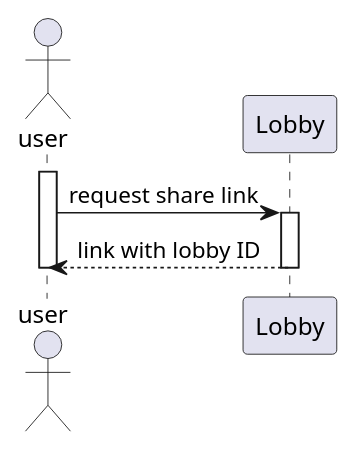
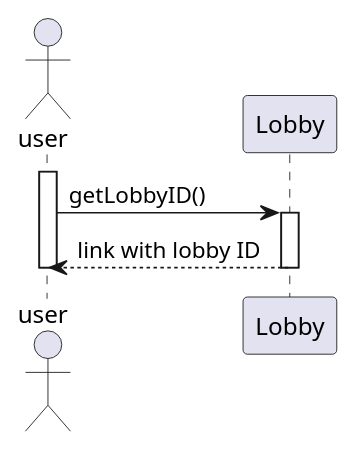
The diagram in doc/sequencediagrams/fr4.puml (PolyPong/PolyPong), drawn with PlantUML before and after one commit. The commit also changed other lines of this file, not shown here.

Commit message:
final fr4 hopefully

```diff
--- a/doc/sequencediagrams/fr4.puml
+++ b/doc/sequencediagrams/fr4.puml
@@ -1,10 +1,12 @@
+@startuml
 actor user
 
 participant Lobby as L
 activate user
 
-        user -> L: request share link
+        user -> L: getLobbyID()
         activate L
                 L --> user: link with lobby ID
         deactivate L
 deactivate user
+@enduml
```
